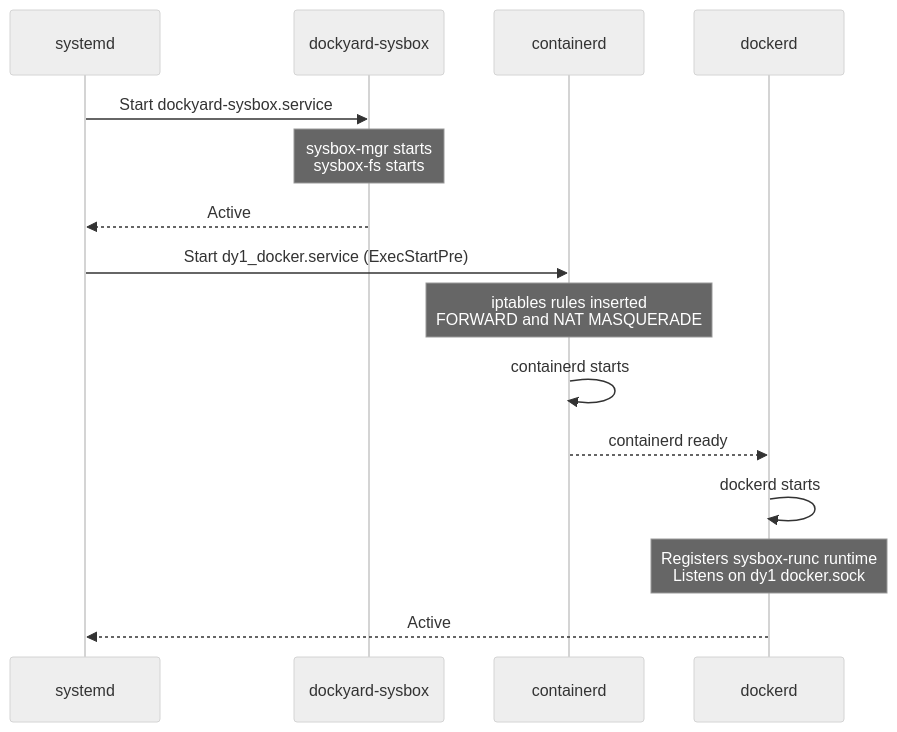
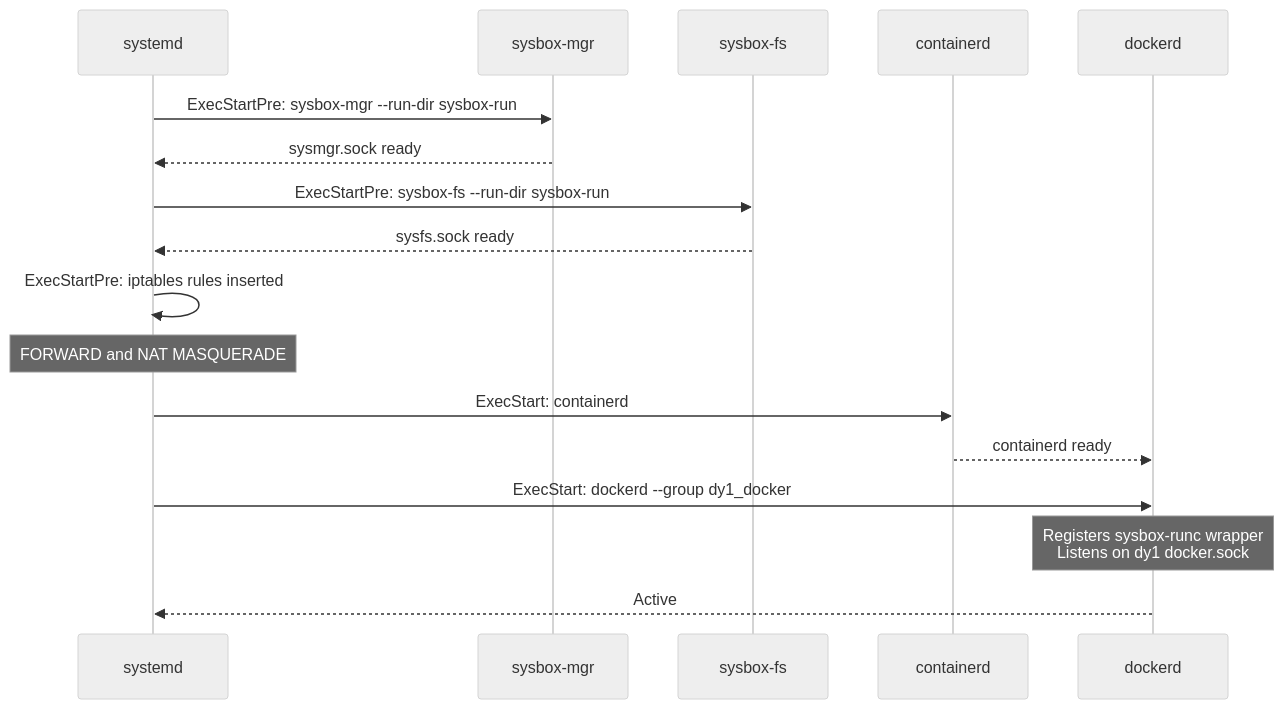
The third of 6 diagrams in ARCHITECTURE.md (shaghafbrand/dockyard), drawn with Mermaid (neutral theme) before and after one commit. The commit also changed other lines of this file and 5 other files, not shown here.

````diff
--- a/ARCHITECTURE.md
+++ b/ARCHITECTURE.md
@@ -226,19 +236,24 @@
 ```mermaid
 sequenceDiagram
     participant SD as systemd
-    participant SB as dockyard-sysbox
+    participant SM as sysbox-mgr
+    participant SF as sysbox-fs
     participant CT as containerd
     participant DK as dockerd
 
-    SD->>SB: Start dockyard-sysbox.service
-    Note over SB: sysbox-mgr starts<br/>sysbox-fs starts
-    SB-->>SD: Active
+    SD->>SM: ExecStartPre: sysbox-mgr --run-dir sysbox-run
+    SM-->>SD: sysmgr.sock ready
 
-    SD->>CT: Start dy1_docker.service (ExecStartPre)
-    Note over CT: iptables rules inserted<br/>FORWARD and NAT MASQUERADE
-    CT->>CT: containerd starts
+    SD->>SF: ExecStartPre: sysbox-fs --run-dir sysbox-run
+    SF-->>SD: sysfs.sock ready
+
+    SD->>SD: ExecStartPre: iptables rules inserted
+    Note over SD: FORWARD and NAT MASQUERADE
+
+    SD->>CT: ExecStart: containerd
     CT-->>DK: containerd ready
-    DK->>DK: dockerd starts
-    Note over DK: Registers sysbox-runc runtime<br/>Listens on dy1 docker.sock
+
+    SD->>DK: ExecStart: dockerd --group dy1_docker
+    Note over DK: Registers sysbox-runc wrapper<br/>Listens on dy1 docker.sock
     DK-->>SD: Active
 ```
````
